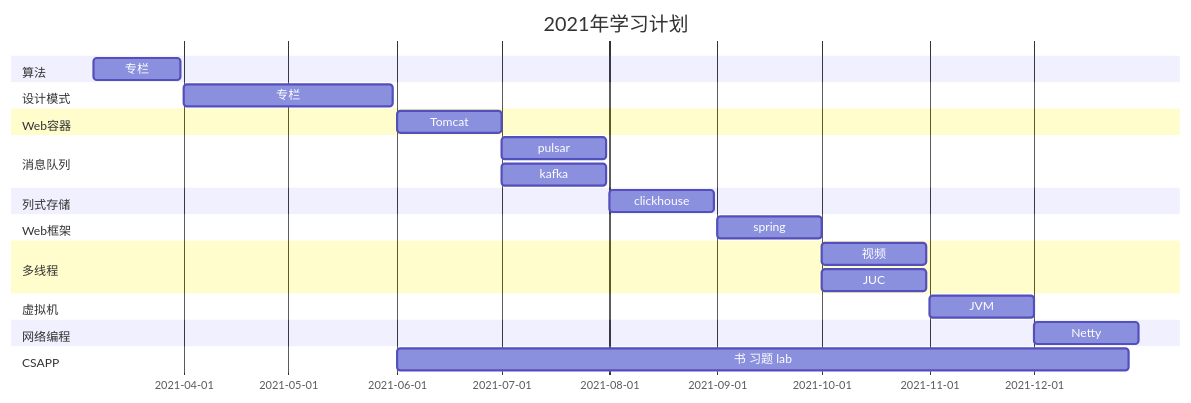
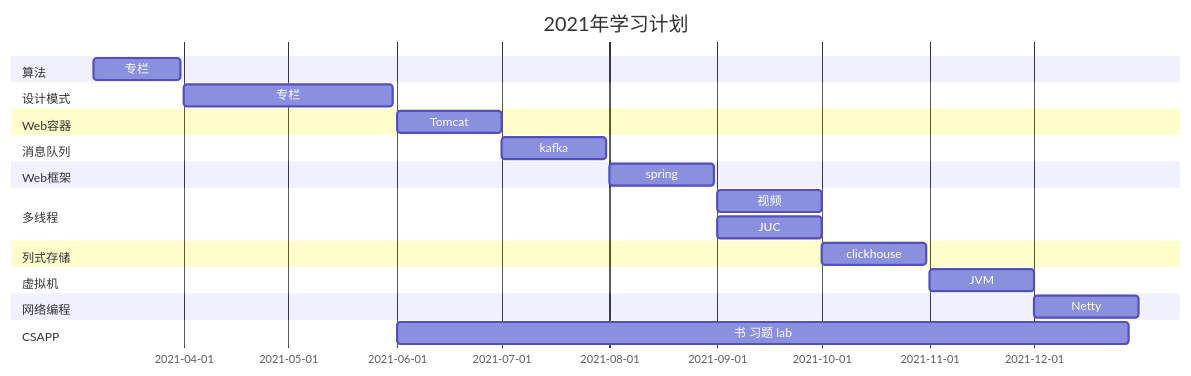
Before and after one commit to DaxiaoYang/notes: the diagram in 2021年学习计划.md, drawn with Mermaid. The commit also changed 17 other files, not shown here.

````diff
--- a/2021年学习计划.md
+++ b/2021年学习计划.md
@@ -1,27 +1,26 @@
 ```mermaid
 gantt
 title 2021年学习计划
 dateFormat YYYY-MM-DD
 section 算法
 专栏: 2021-03-06, 25d
 section 设计模式
 专栏: 2021-04-01, 60d
 section Web容器
 Tomcat: 2021-06-01, 30d
 section 消息队列
-pulsar: 2021-07-01, 30d
 kafka: 2021-07-01, 30d
+section Web框架
+spring: 2021-08-01, 30d
+section 多线程
+视频: 2021-09-01, 30d
+JUC: 2021-09-01, 30d
 section 列式存储
-clickhouse: 2021-08-01, 30d
-section Web框架
-spring: 2021-09-01, 30d
-section 多线程
-视频: 2021-10-01, 30d
-JUC: 2021-10-01, 30d
+clickhouse: 2021-10-01, 30d
 section 虚拟机
 JVM: 2021-11-01, 30d
 section 网络编程
 Netty: 2021-12-01, 30d
 section CSAPP
 书 习题 lab: 2021-06-01, 210d
 ```
````
